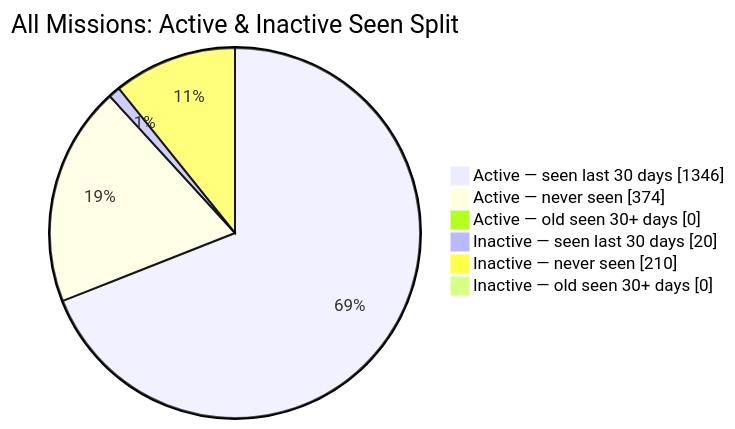
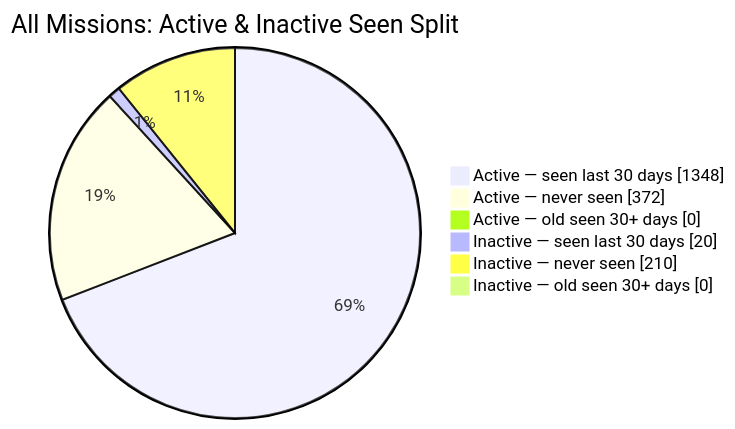
The second of 2 diagrams in README.md (MeldkamerspelGameTeam/active-missions), drawn with Mermaid before and after one commit. The commit also changed other lines of this file and 2 other files, not shown here.

````diff
--- a/README.md
+++ b/README.md
@@ -44,10 +44,10 @@
 ```mermaid
 pie showData
     title All Missions: Active & Inactive Seen Split
-    "Active — seen last 30 days" : 1346
-    "Active — never seen" : 374
+    "Active — seen last 30 days" : 1348
+    "Active — never seen" : 372
     "Active — old seen 30+ days" : 0
     "Inactive — seen last 30 days" : 20
     "Inactive — never seen" : 210
     "Inactive — old seen 30+ days" : 0
 ```
````
